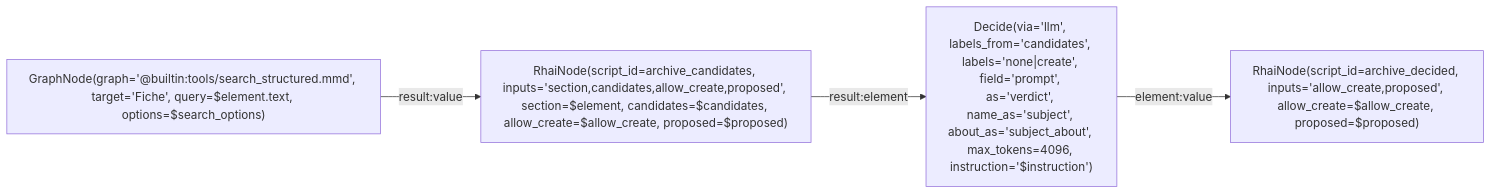
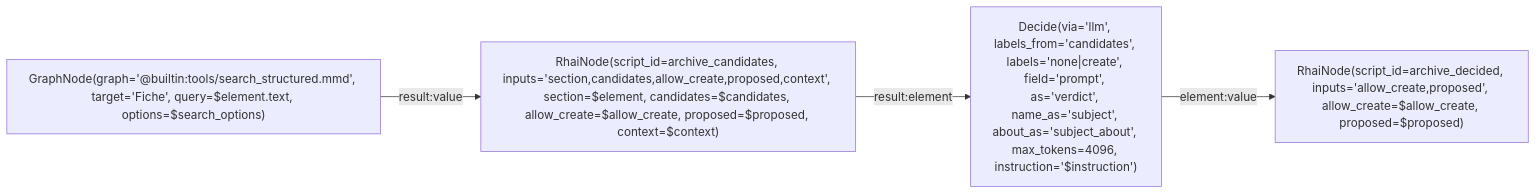
Before and after one commit to L-Defraiteur/rag3db: the diagram in extension/rag3weaver/templates/backends/memory/graphs/archive_decide.mmd, drawn with Mermaid. The commit also changed 6 other files, not shown here.

Commit message:
feat(memoire): archive prend un context montré au Decide et jamais rangé ; compose_restart lit les fiches par la relation ou par le champ ; le témoin des réglages exige compaction.<champ> dans le refus

```diff
--- a/extension/rag3weaver/templates/backends/memory/graphs/archive_decide.mmd
+++ b/extension/rag3weaver/templates/backends/memory/graphs/archive_decide.mmd
@@ -1,20 +1,21 @@
 %% tool: archive_decide
 %% description: Une section (l'élément) : les fiches candidates par la recherche, puis la décision fermée du modèle (une candidate, none, create), rendue comme l'élément des écritures (kind, fiche, records, liens, provenance). Appelé une fois par section par le ForEachNode de archive.
 %% Les étiquettes candidate_N sont résolues par archive_decided vers les noms exacts ; les noms et descriptions restent dans le prompt.
 %% Le plafond du Decide (max_tokens=4096) : la réponse porte une étiquette, un nom et une phrase, et Gemini 3.x compte sa réflexion dedans ; le défaut de 2048 en tronquait 1 section sur 432 et 1 sur 152 (15 novembre 2026).
 %% param: element json! -- La section : {title, level, text, anchor, index, chemin, titre, origine}.
 %% param: candidates int = 5 -- Fiches candidates gardées.
 %% param: allow_create bool = false -- create permis (éteint par défaut, comme archive).
 %% param: instruction string! -- Ce que l'étiquette veut dire, pour le modèle ; sans apostrophe droite (substituée entre apostrophes dans la configuration du Decide ; la typographique ’ passe).
 %% param: search_options json! -- Les options de la recherche de candidates (limit…).
+%% param: context string = "" -- Ce qui précède, montré au modèle avant la section, jamais rangé (archive, param context).
 %% param: proposed json = [] -- Les fiches proposées par les sections précédentes du même document ({name, about, state, via}), portées par le ForEachNode d'archive (carry) : elles ne sont pas encore cherchables, la transaction de l'outil ne les a pas validées.
 %% result: decided.result
 
 graph LR
     recall["GraphNode(graph='@builtin:tools/search_structured.mmd', target='Fiche', query=$element.text, options=$search_options)"]
-    prepare["RhaiNode(script_id=archive_candidates, inputs='section,candidates,allow_create,proposed', section=$element, candidates=$candidates, allow_create=$allow_create, proposed=$proposed)"]
+    prepare["RhaiNode(script_id=archive_candidates, inputs='section,candidates,allow_create,proposed,context', section=$element, candidates=$candidates, allow_create=$allow_create, proposed=$proposed, context=$context)"]
     decide["Decide(via='llm', labels_from='candidates', labels='none|create', field='prompt', as='verdict', name_as='subject', about_as='subject_about', max_tokens=4096, instruction='$instruction')"]
     decided["RhaiNode(script_id=archive_decided, inputs='allow_create,proposed', allow_create=$allow_create, proposed=$proposed)"]
     recall -->|result:value| prepare
     prepare -->|result:element| decide
     decide -->|element:value| decided
```
